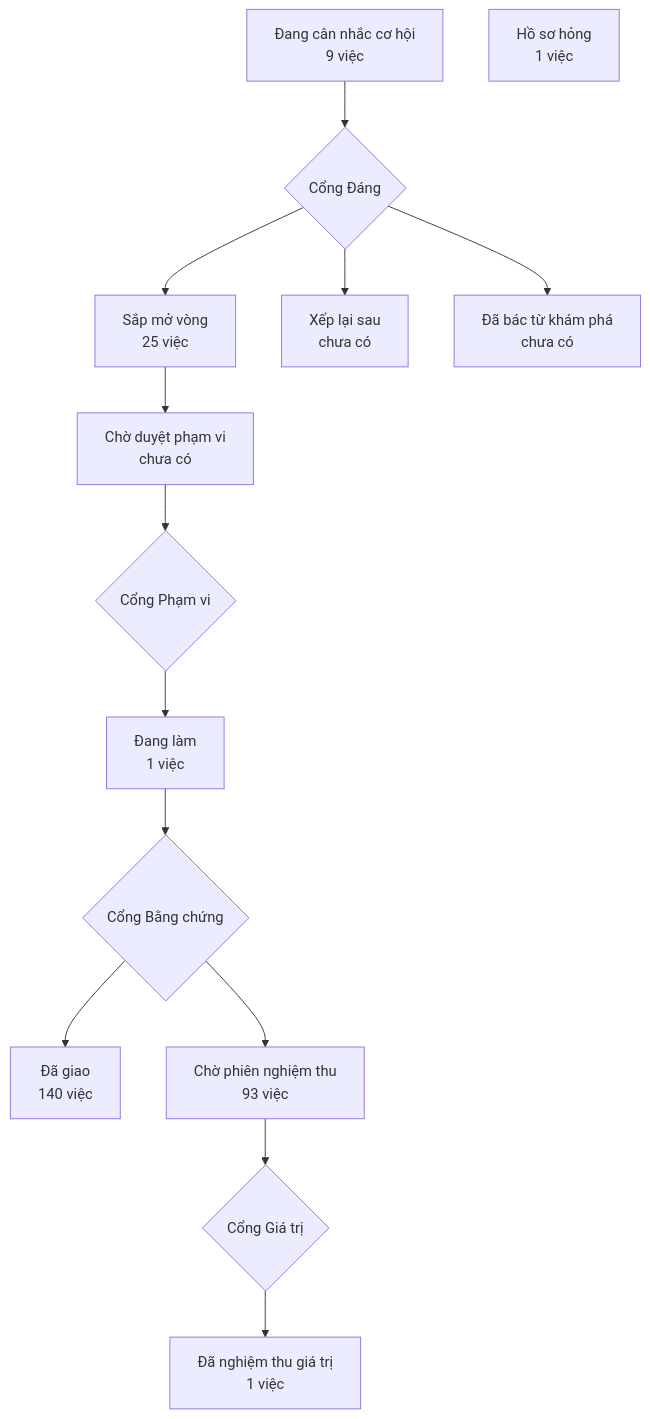
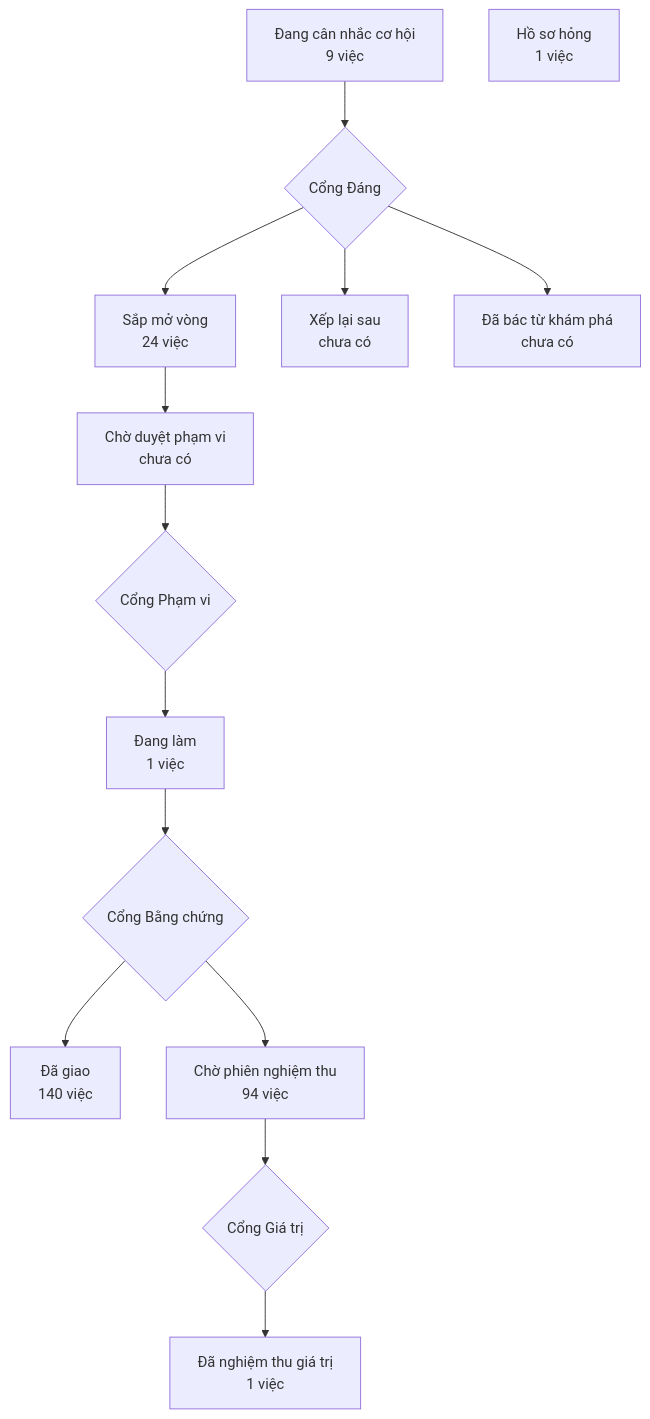
The diagram in PRODUCT-MAP.md (phanlemanh/crm-onehub), drawn with Mermaid before and after one commit. The commit also changed 1 other file, not shown here.

Commit message:
chore: vẽ lại bản đồ sản phẩm sau khi gộp onehub 2182d80af

````diff
--- a/PRODUCT-MAP.md
+++ b/PRODUCT-MAP.md
@@ -7,13 +7,13 @@
 ```mermaid
 flowchart TD
   A["Đang cân nhắc cơ hội<br/>9 việc"] --> GD{"Cổng Đáng"}
-  GD --> B["Sắp mở vòng<br/>25 việc"]
+  GD --> B["Sắp mở vòng<br/>24 việc"]
   GD --> XL["Xếp lại sau<br/>chưa có"]
   GD --> DB["Đã bác từ khám phá<br/>chưa có"]
   B --> CD["Chờ duyệt phạm vi<br/>chưa có"] --> GP{"Cổng Phạm vi"}
   GP --> DL["Đang làm<br/>1 việc"] --> GB{"Cổng Bằng chứng"}
   GB --> DG["Đã giao<br/>140 việc"]
-  GB --> CN["Chờ phiên nghiệm thu<br/>93 việc"] --> GG{"Cổng Giá trị"}
+  GB --> CN["Chờ phiên nghiệm thu<br/>94 việc"] --> GG{"Cổng Giá trị"}
   GG --> NT["Đã nghiệm thu giá trị<br/>1 việc"]
   HS["Hồ sơ hỏng<br/>1 việc"]
 ```
````
